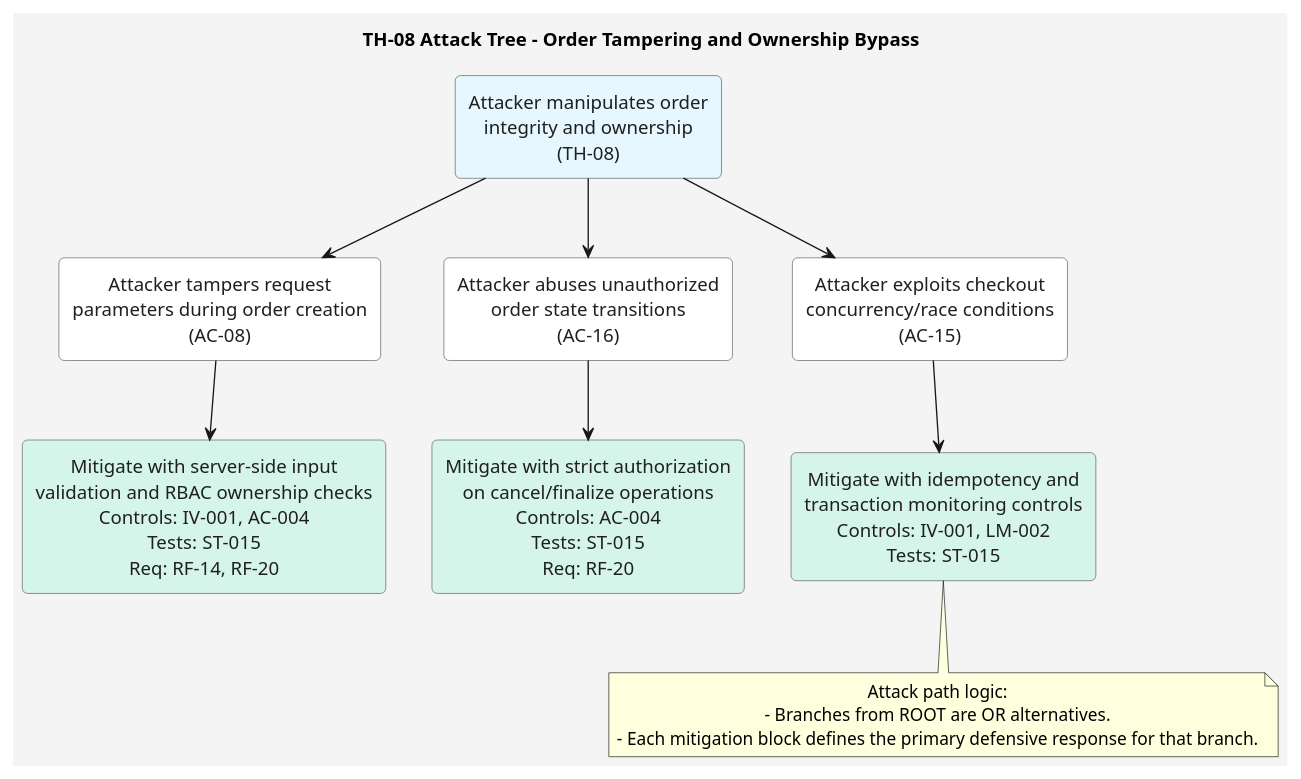
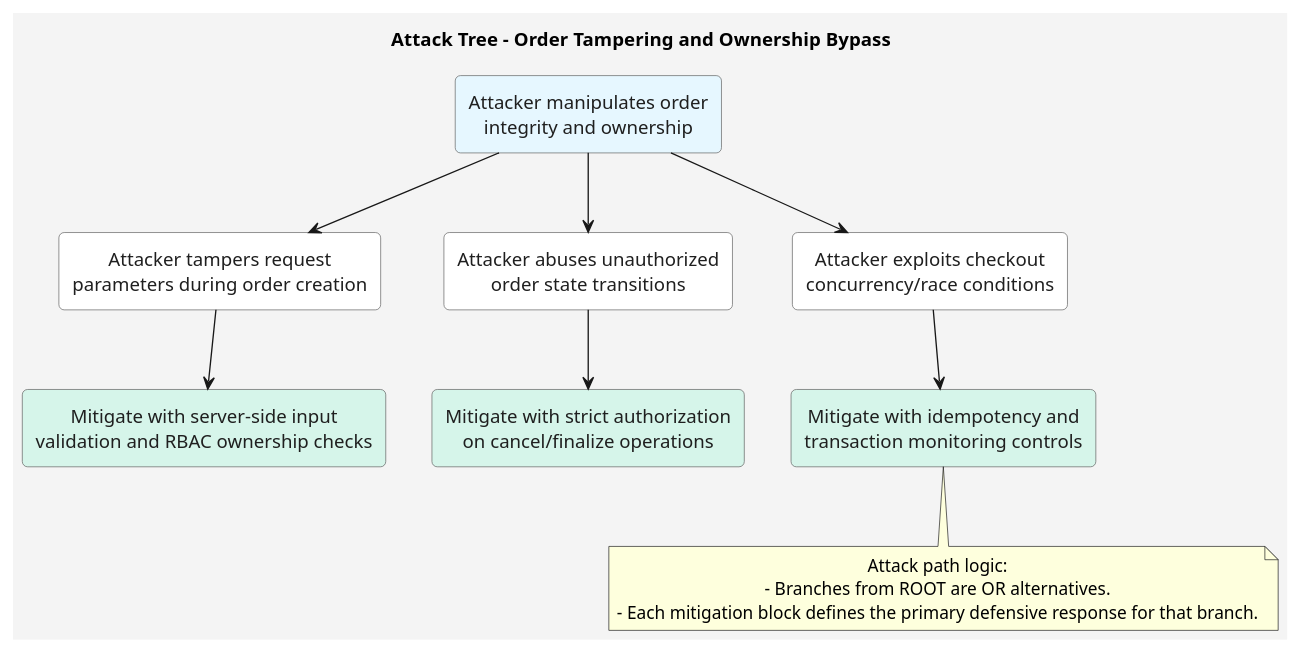
Before and after one commit to mei-desofs/desofs2026-wed_nap_2: the diagram in Documentation/ThreatModeling/AttackTrees/TH-08-Order-Tampering-Attack-Tree.puml, drawn with PlantUML. The commit also changed 2 other files, not shown here.

Commit message:
Docs: Refactor attack tree titles and descriptions for consistency and clarity

```diff
--- a/Documentation/ThreatModeling/AttackTrees/TH-08-Order-Tampering-Attack-Tree.puml
+++ b/Documentation/ThreatModeling/AttackTrees/TH-08-Order-Tampering-Attack-Tree.puml
@@ -1,37 +1,37 @@
 @startuml
-title TH-08 Attack Tree - Order Tampering and Ownership Bypass
+title Attack Tree - Order Tampering and Ownership Bypass
 
 skinparam backgroundColor #f4f4f4
 skinparam shadowing false
 skinparam defaultTextAlignment center
 skinparam rectangle {
 	BorderColor #5c5c5c
 	FontColor #1f1f1f
 	RoundCorner 8
 }
 
-rectangle "Attacker manipulates order\nintegrity and ownership\n(TH-08)" as ROOT #e6f7ff
+rectangle "Attacker manipulates order\nintegrity and ownership" as ROOT #e6f7ff
 
-rectangle "Attacker tampers request\nparameters during order creation\n(AC-08)" as PARAM_TAMPERING #ffffff
-rectangle "Attacker abuses unauthorized\norder state transitions\n(AC-16)" as STATE_ABUSE #ffffff
-rectangle "Attacker exploits checkout\nconcurrency/race conditions\n(AC-15)" as RACE_ABUSE #ffffff
+rectangle "Attacker tampers request\nparameters during order creation" as PARAM_TAMPERING #ffffff
+rectangle "Attacker abuses unauthorized\norder state transitions" as STATE_ABUSE #ffffff
+rectangle "Attacker exploits checkout\nconcurrency/race conditions" as RACE_ABUSE #ffffff
 
-rectangle "Mitigate with server-side input\nvalidation and RBAC ownership checks\nControls: IV-001, AC-004\nTests: ST-015\nReq: RF-14, RF-20" as M_PARAM_TAMPERING #d6f5ea
-rectangle "Mitigate with strict authorization\non cancel/finalize operations\nControls: AC-004\nTests: ST-015\nReq: RF-20" as M_STATE_ABUSE #d6f5ea
-rectangle "Mitigate with idempotency and\ntransaction monitoring controls\nControls: IV-001, LM-002\nTests: ST-015" as M_RACE_ABUSE #d6f5ea
+rectangle "Mitigate with server-side input\nvalidation and RBAC ownership checks" as M_PARAM_TAMPERING #d6f5ea
+rectangle "Mitigate with strict authorization\non cancel/finalize operations" as M_STATE_ABUSE #d6f5ea
+rectangle "Mitigate with idempotency and\ntransaction monitoring controls" as M_RACE_ABUSE #d6f5ea
 
 ROOT -down-> PARAM_TAMPERING
 ROOT -down-> STATE_ABUSE
 ROOT -down-> RACE_ABUSE
 
 PARAM_TAMPERING -down-> M_PARAM_TAMPERING
 STATE_ABUSE -down-> M_STATE_ABUSE
 RACE_ABUSE -down-> M_RACE_ABUSE
 
 note bottom
 Attack path logic:
 - Branches from ROOT are OR alternatives.
 - Each mitigation block defines the primary defensive response for that branch.
 end note
 
 @enduml
```
